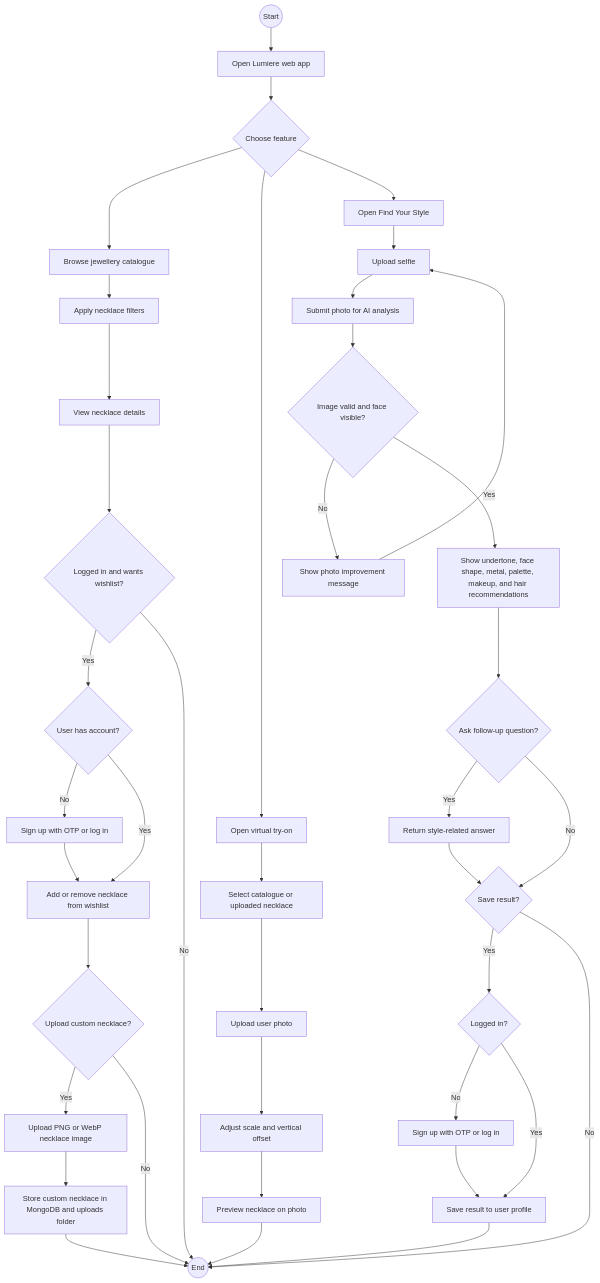
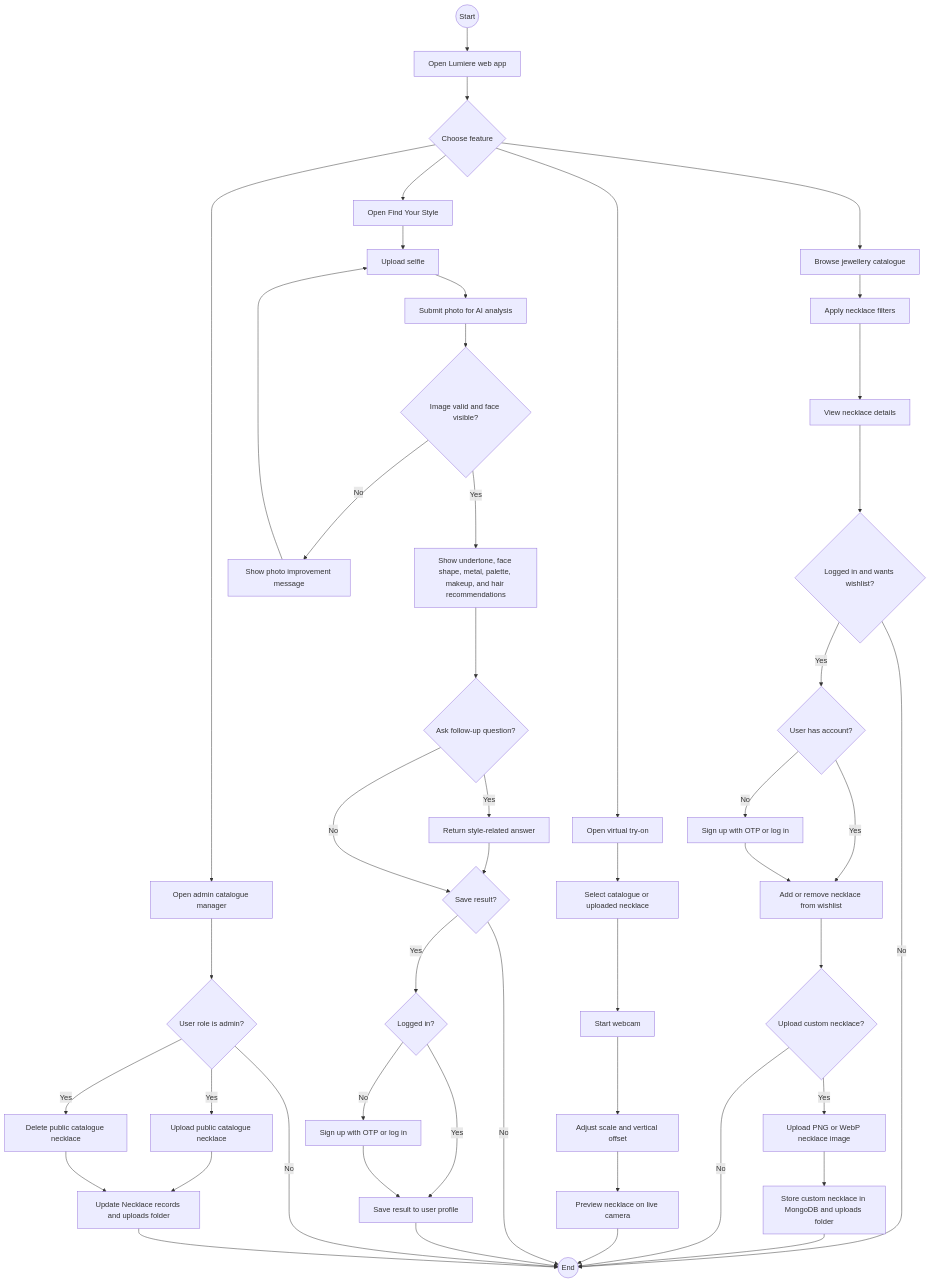
Before and after one commit to tiaoueiss/lumiere: the sixth of 6 diagrams in docs/uml-diagrams.md, drawn with Mermaid. The commit also changed other lines of this file and 14 other files, not shown here.

````diff
--- a/docs/uml-diagrams.md
+++ b/docs/uml-diagrams.md
@@ -367,67 +376,80 @@
 ```mermaid
 flowchart TD
   start((Start))
   openApp["Open Lumiere web app"]
   chooseFeature{"Choose feature"}
 
   catalogue["Browse jewellery catalogue"]
   filters["Apply necklace filters"]
   necklaceDetails["View necklace details"]
   wishlistDecision{"Logged in and wants wishlist?"}
   authForWishlist{"User has account?"}
   addWishlist["Add or remove necklace from wishlist"]
 
   tryon["Open virtual try-on"]
   selectNecklace["Select catalogue or uploaded necklace"]
-  uploadPhoto["Upload user photo"]
+  startCamera["Start webcam"]
   adjustTryon["Adjust scale and vertical offset"]
-  previewTryon["Preview necklace on photo"]
+  previewTryon["Preview necklace on live camera"]
 
   styleFeature["Open Find Your Style"]
   uploadSelfie["Upload selfie"]
   analyze["Submit photo for AI analysis"]
   qualityCheck{"Image valid and face visible?"}
   showFix["Show photo improvement message"]
   showResults["Show undertone, face shape, metal, palette, makeup, and hair recommendations"]
   followUp{"Ask follow-up question?"}
   answerFollowUp["Return style-related answer"]
   saveChoice{"Save result?"}
   authForSave{"Logged in?"}
   saveResult["Save result to user profile"]
 
   authenticateWishlist["Sign up with OTP or log in"]
   authenticateSave["Sign up with OTP or log in"]
 
   customUpload{"Upload custom necklace?"}
   uploadNecklace["Upload PNG or WebP necklace image"]
   storeCustom["Store custom necklace in MongoDB and uploads folder"]
+  adminFeature["Open admin catalogue manager"]
+  adminAuth{"User role is admin?"}
+  adminUpload["Upload public catalogue necklace"]
+  adminDelete["Delete public catalogue necklace"]
+  updateCatalogue["Update Necklace records and uploads folder"]
 
   endNode((End))
 
   start --> openApp --> chooseFeature
 
   chooseFeature --> catalogue
   catalogue --> filters --> necklaceDetails --> wishlistDecision
   wishlistDecision -->|Yes| authForWishlist
   wishlistDecision -->|No| endNode
   authForWishlist -->|No| authenticateWishlist
   authForWishlist -->|Yes| addWishlist
   authenticateWishlist --> addWishlist --> customUpload
   customUpload -->|Yes| uploadNecklace --> storeCustom --> endNode
   customUpload -->|No| endNode
 
   chooseFeature --> tryon
-  tryon --> selectNecklace --> uploadPhoto --> adjustTryon --> previewTryon --> endNode
+  tryon --> selectNecklace --> startCamera --> adjustTryon --> previewTryon --> endNode
 
   chooseFeature --> styleFeature
   styleFeature --> uploadSelfie --> analyze --> qualityCheck
   qualityCheck -->|No| showFix --> uploadSelfie
   qualityCheck -->|Yes| showResults --> followUp
   followUp -->|Yes| answerFollowUp --> saveChoice
   followUp -->|No| saveChoice
   saveChoice -->|Yes| authForSave
   saveChoice -->|No| endNode
   authForSave -->|No| authenticateSave
   authForSave -->|Yes| saveResult
   authenticateSave --> saveResult --> endNode
+
+  chooseFeature --> adminFeature
+  adminFeature --> adminAuth
+  adminAuth -->|No| endNode
+  adminAuth -->|Yes| adminUpload
+  adminAuth -->|Yes| adminDelete
+  adminUpload --> updateCatalogue --> endNode
+  adminDelete --> updateCatalogue
 ```
````
